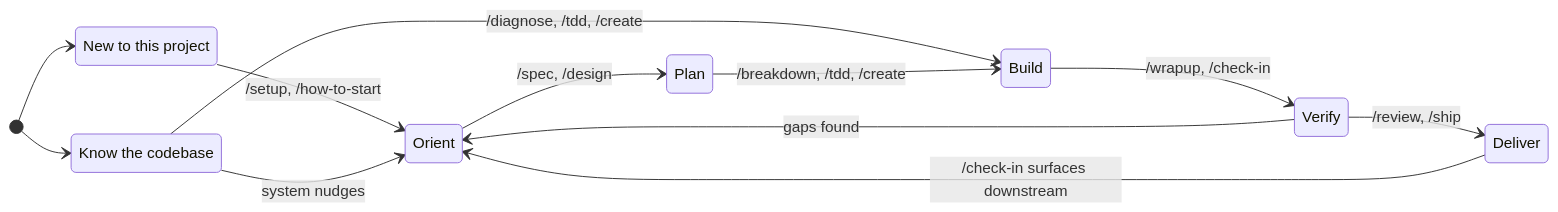
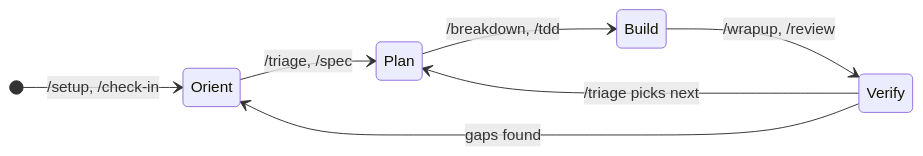
The first of 2 diagrams in README.md (Max-Zhuuu/waypoint-skills), drawn with Mermaid before and after one commit. The commit also changed other lines of this file and 62 other files, not shown here.

First line of the commit message:
v3: JSON-first architecture rewrite

````diff
--- a/README.md
+++ b/README.md
@@ -199,28 +206,16 @@
 ```mermaid
 stateDiagram-v2
     direction LR
-
-    state "New to this project" as newcomer
-    state "Know the codebase" as experienced
 
     state "Orient" as orient
     state "Plan" as plan
     state "Build" as build
     state "Verify" as verify
-    state "Deliver" as deliver
 
-    [*] --> newcomer
-    [*] --> experienced
-
-    newcomer --> orient : /setup, /how-to-start
-    experienced --> build : /diagnose, /tdd, /create
-
-    orient --> plan : /spec, /design
-    plan --> build : /breakdown, /tdd, /create
-    build --> verify : /wrapup, /check-in
-    verify --> deliver : /review, /ship
-    deliver --> orient : /check-in surfaces downstream
+    [*] --> orient : /setup, /check-in
+    orient --> plan : /triage, /spec
+    plan --> build : /breakdown, /tdd
+    build --> verify : /wrapup, /review
     verify --> orient : gaps found
-
-    experienced --> orient : system nudges
+    verify --> plan : /triage picks next
 ```
````
